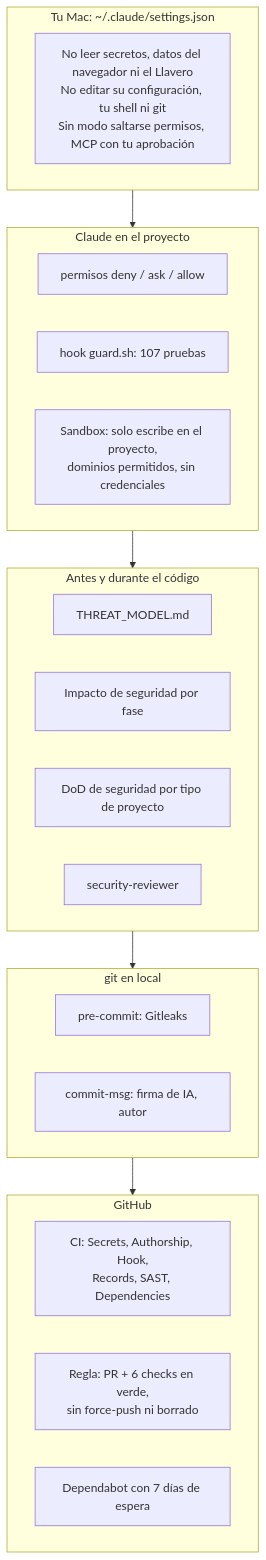
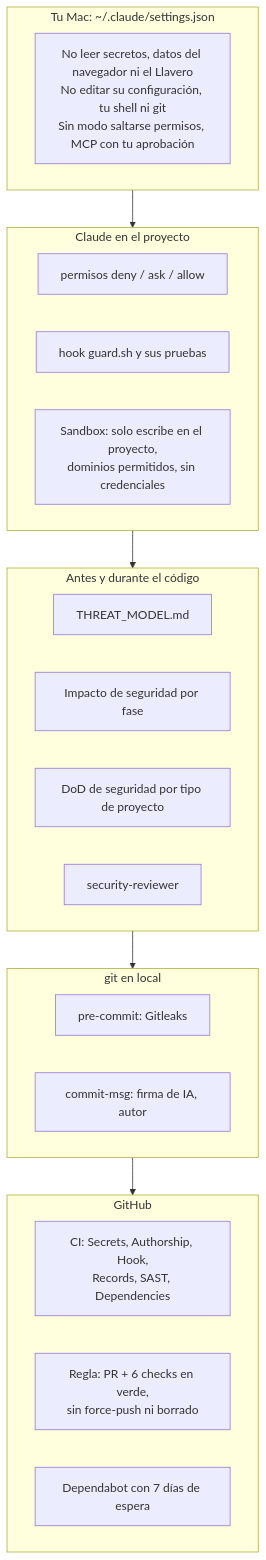
One commit to serbenda/project-template changed the ninth of 13 diagrams in README.es.md. Above: the diagram before and after it, drawn with Mermaid. The commit also changed other lines of this file and 37 other files, not shown here.

````diff
--- a/README.es.md
+++ b/README.es.md
@@ -212,27 +216,27 @@
 ```mermaid
 flowchart TB
     subgraph MAC["Tu Mac: ~/.claude/settings.json"]
         M1["No leer secretos, datos del navegador ni el Llavero<br/>No editar su configuración, tu shell ni git<br/>Sin modo saltarse permisos, MCP con tu aprobación"]
     end
     subgraph AGENT["Claude en el proyecto"]
         A1["permisos deny / ask / allow"]
-        A2["hook guard.sh: 107 pruebas"]
+        A2["hook guard.sh y sus pruebas"]
         A3["Sandbox: solo escribe en el proyecto,<br/>dominios permitidos, sin credenciales"]
     end
     subgraph DESIGN["Antes y durante el código"]
         D1["THREAT_MODEL.md"]
         D2["Impacto de seguridad por fase"]
         D3["DoD de seguridad por tipo de proyecto"]
         D4["security-reviewer"]
     end
     subgraph GIT["git en local"]
         G1["pre-commit: Gitleaks"]
         G2["commit-msg: firma de IA, autor"]
     end
     subgraph GH["GitHub"]
         H1["CI: Secrets, Authorship, Hook,<br/>Records, SAST, Dependencies"]
         H2["Regla: PR + 6 checks en verde,<br/>sin force-push ni borrado"]
         H3["Dependabot con 7 días de espera"]
     end
     MAC --> AGENT --> DESIGN --> GIT --> GH
 ```
````
